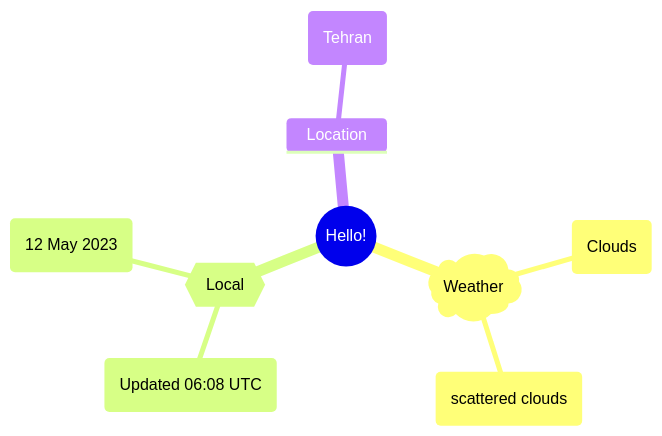
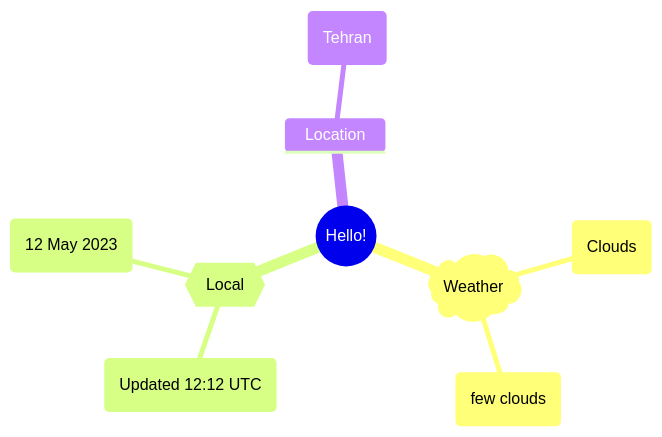
Before and after one commit to Xosrov/Xosrov: the first of 2 diagrams in README.md, drawn with Mermaid.

Commit message:
[bot] updated images

````diff
--- a/README.md
+++ b/README.md
@@ -3,12 +3,12 @@
 ```mermaid
 mindmap
   root((Hello!))
     )Weather(
         (Clouds)
-        (scattered clouds)
+        (few clouds)
     {{Local}}
-        (Updated 06:08 UTC)
+        (Updated 12:12 UTC)
         (12 May 2023)
     Location
         (Tehran)
 ```
````
